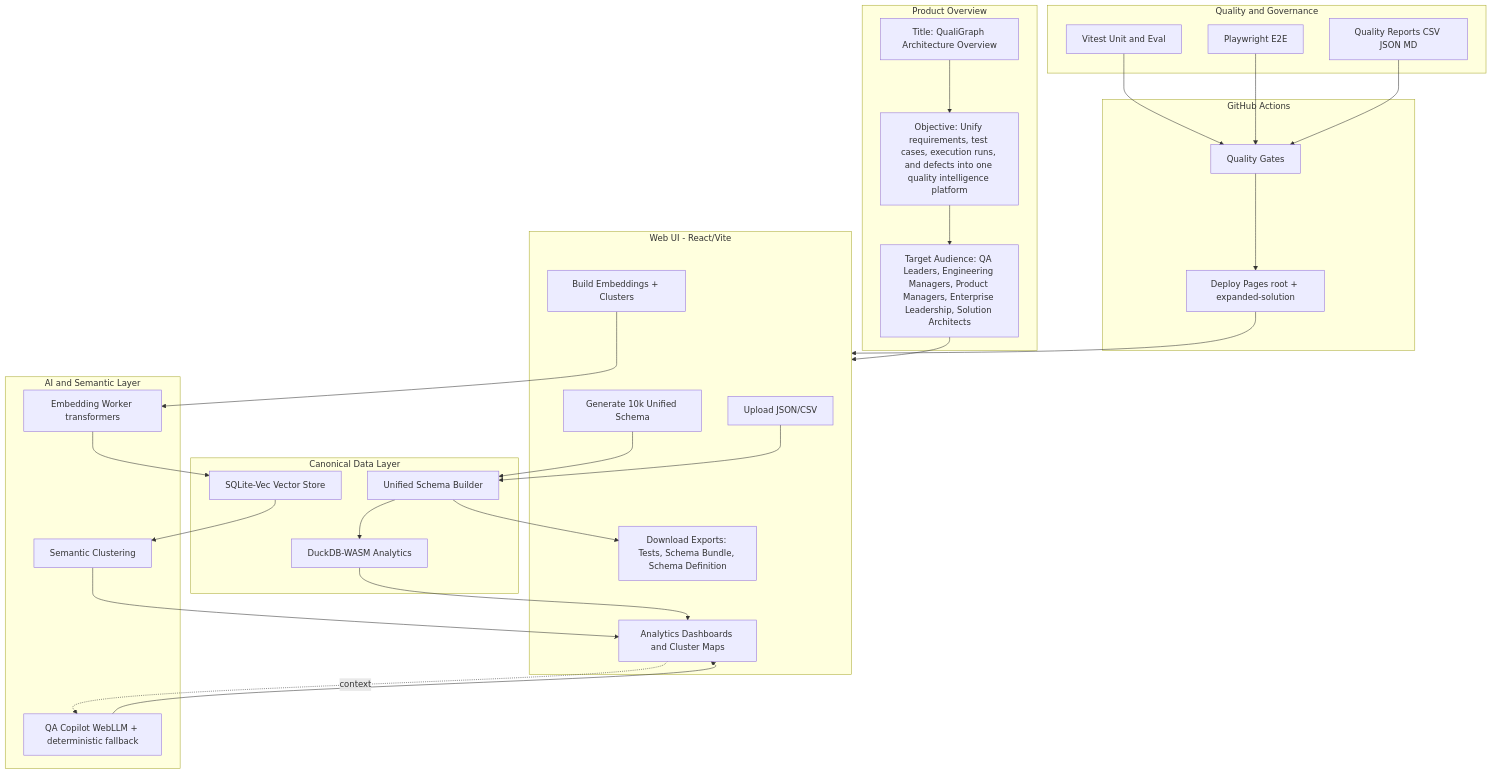
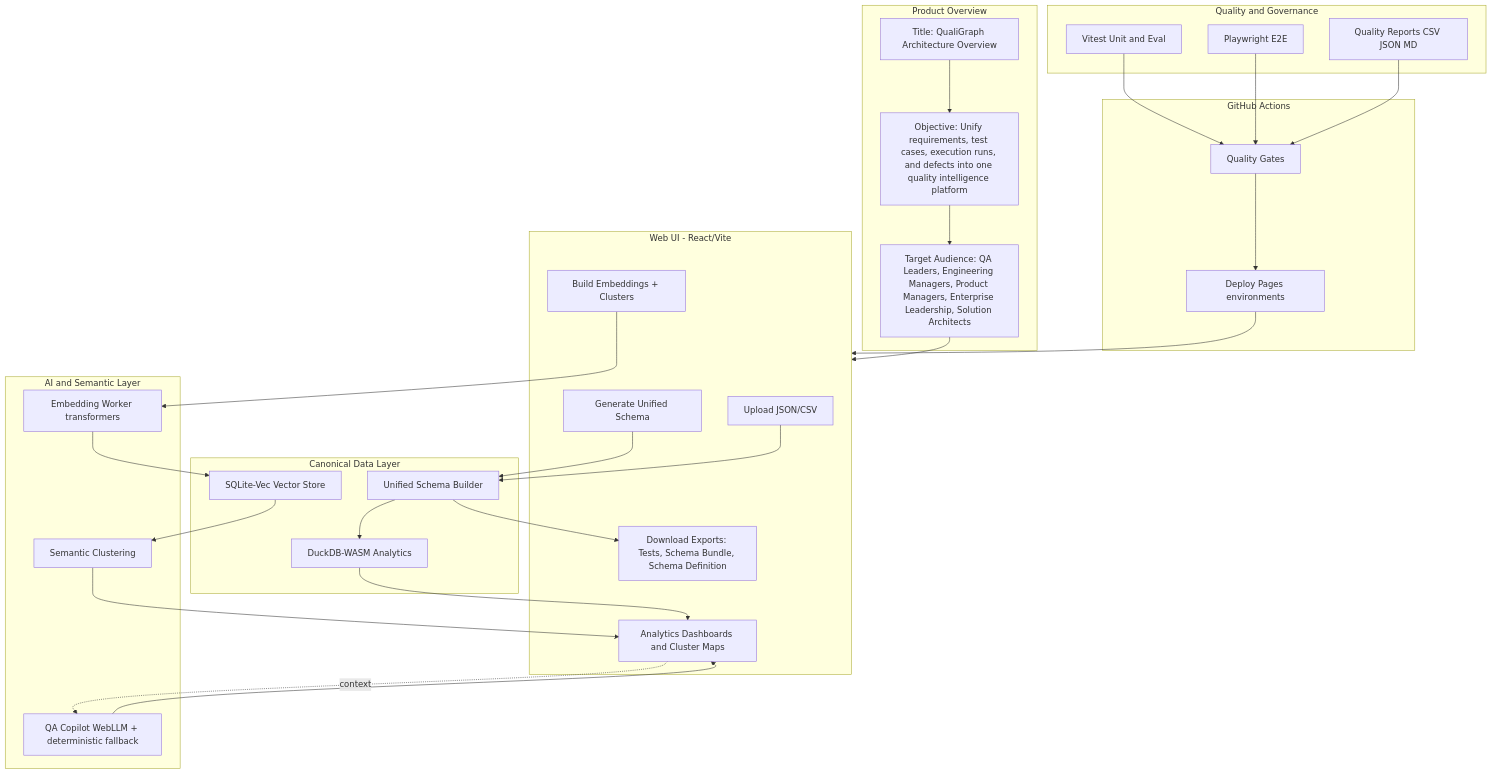
The diagram in docs/architecture/qaip-architecture.mmd (arvind3/qa-intelligence-platform), drawn with Mermaid before and after one commit. The commit also changed 8 other files, not shown here.

```diff
--- a/docs/architecture/qaip-architecture.mmd
+++ b/docs/architecture/qaip-architecture.mmd
@@ -1,58 +1,58 @@
 flowchart TB
   subgraph Overview[Product Overview]
     O1[Title: QualiGraph Architecture Overview]
     O2[Objective: Unify requirements, test cases, execution runs, and defects into one quality intelligence platform]
     O3[Target Audience: QA Leaders, Engineering Managers, Product Managers, Enterprise Leadership, Solution Architects]
   end
 
   subgraph UI[Web UI - React/Vite]
-    U1[Generate 10k Unified Schema]
+    U1[Generate Unified Schema]
     U2[Upload JSON/CSV]
     U3[Build Embeddings + Clusters]
     U4[Analytics Dashboards and Cluster Maps]
     U5[Download Exports: Tests, Schema Bundle, Schema Definition]
   end
 
   subgraph Data[Canonical Data Layer]
     D1[Unified Schema Builder]
     D2[DuckDB-WASM Analytics]
     D3[SQLite-Vec Vector Store]
   end
 
   subgraph AI[AI and Semantic Layer]
     A1[Embedding Worker transformers]
     A2[Semantic Clustering]
     A3[QA Copilot WebLLM + deterministic fallback]
   end
 
   subgraph QA[Quality and Governance]
     Q1[Vitest Unit and Eval]
     Q2[Playwright E2E]
     Q3[Quality Reports CSV JSON MD]
   end
 
   subgraph CI[GitHub Actions]
     C1[Quality Gates]
-    C2[Deploy Pages root + expanded-solution]
+    C2[Deploy Pages environments]
   end
 
   O1 --> O2
   O2 --> O3
   O3 --> UI
 
   U1 --> D1
   U2 --> D1
   D1 --> D2
   U3 --> A1
   A1 --> D3
   D3 --> A2
   A2 --> U4
   D2 --> U4
   U4 -.context.-> A3
   A3 --> U4
   D1 --> U5
   Q1 --> C1
   Q2 --> C1
   Q3 --> C1
   C1 --> C2
   C2 --> UI
```
